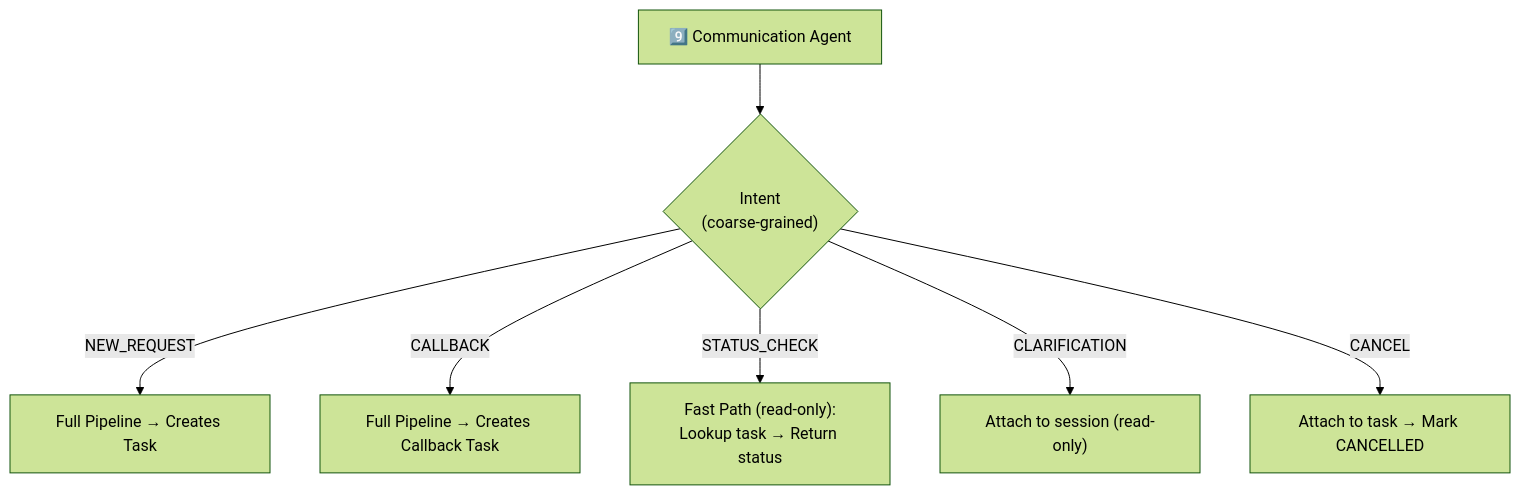
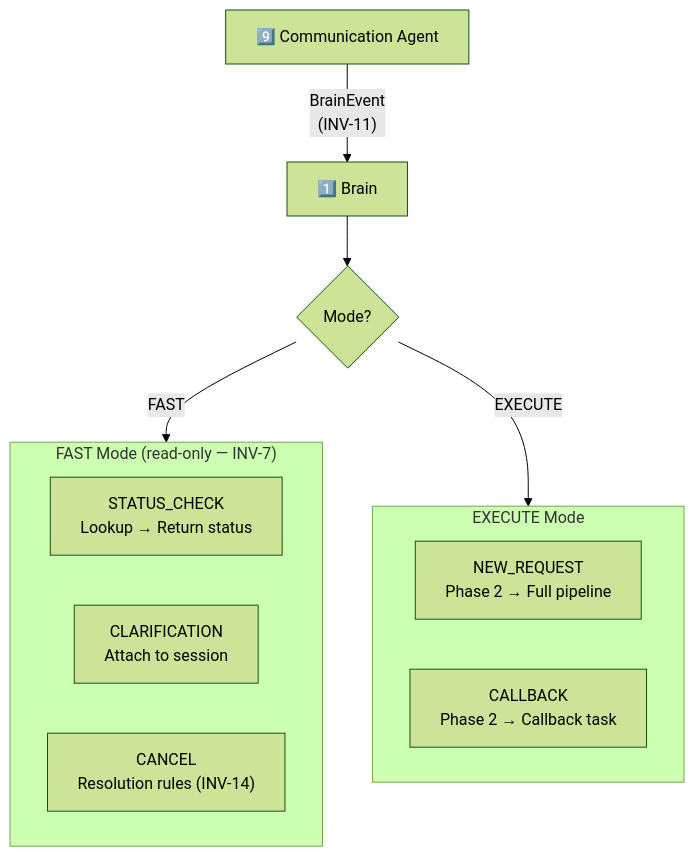
The fourth of 16 diagrams in all.md (mohabnazmy/test), drawn with Mermaid (forest theme) before and after one commit. The commit also changed other lines of this file, not shown here.

````diff
--- a/all.md
+++ b/all.md
@@ -322,10 +371,20 @@
 ```mermaid
 flowchart TB
-    Comm["9️⃣ Communication Agent"] --> Intent{"Intent<br/>(coarse-grained)"}
+    Comm["9️⃣ Communication Agent"] -->|"BrainEvent<br/>(INV-11)"| Brain["1️⃣ Brain"]
     
-    Intent -->|"NEW_REQUEST"| NewPath["Full Pipeline → Creates Task"]
-    Intent -->|"CALLBACK"| CallbackPath["Full Pipeline → Creates Callback Task"]
-    Intent -->|"STATUS_CHECK"| StatusPath["Fast Path (read-only):<br/>Lookup task → Return status"]
-    Intent -->|"CLARIFICATION"| ClarifyPath["Attach to session (read-only)"]
-    Intent -->|"CANCEL"| CancelPath["Attach to task → Mark CANCELLED"]
+    Brain --> Mode{"Mode?"}
+    
+    Mode -->|"FAST"| FastPath
+    Mode -->|"EXECUTE"| ExecPath
+    
+    subgraph FastPath["FAST Mode (read-only — INV-7)"]
+        Status["STATUS_CHECK<br/>Lookup → Return status"]
+        Clarify["CLARIFICATION<br/>Attach to session"]
+        Cancel["CANCEL<br/>Resolution rules (INV-14)"]
+    end
+    
+    subgraph ExecPath["EXECUTE Mode"]
+        New["NEW_REQUEST<br/>Phase 2 → Full pipeline"]
+        Callback["CALLBACK<br/>Phase 2 → Callback task"]
+    end
 ```
````
